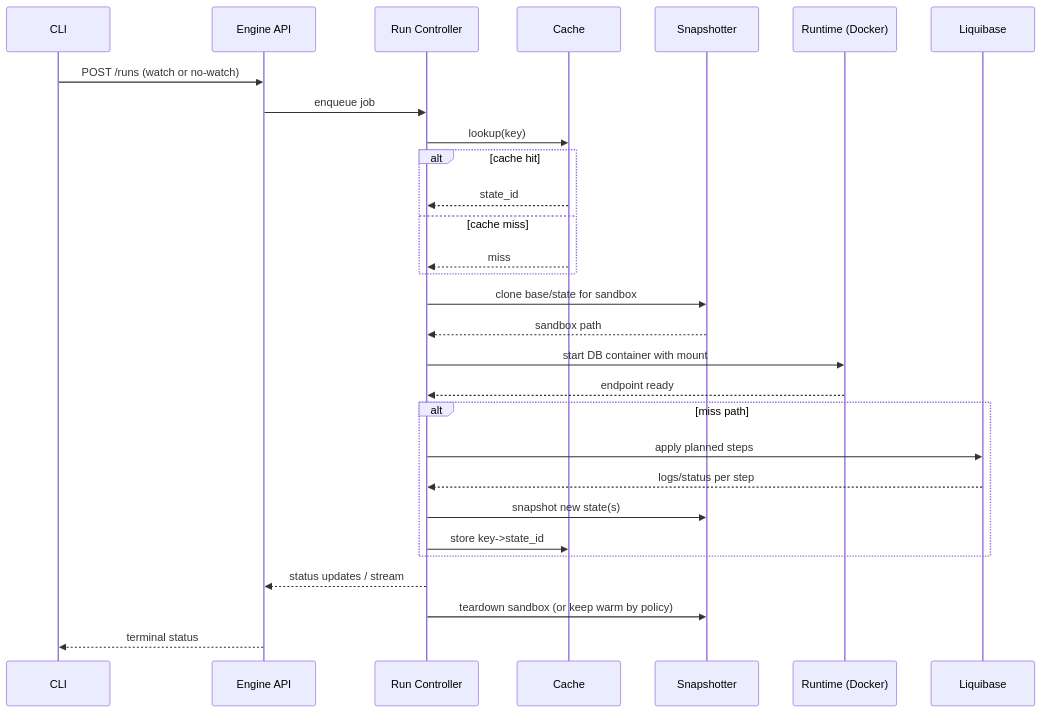
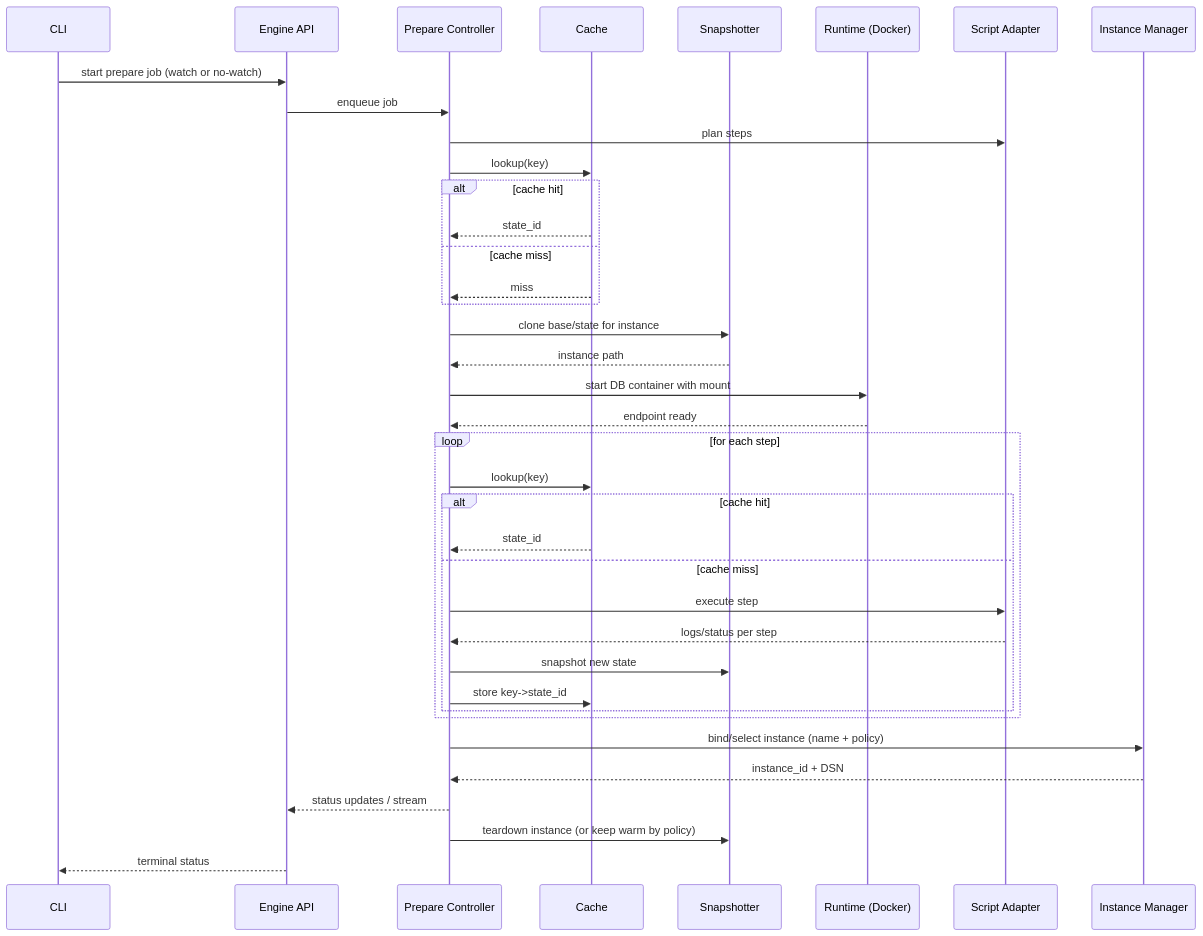
The second of 2 diagrams in docs/architecture/engine-internals.md (kimak-irmagi/taidon), drawn with Mermaid before and after one commit. The commit also changed other lines of this file and 90 other files, not shown here.

Commit message:
Implemented the CLI and local engine stub in Go. The `init` and `status` commands are supported so far

````diff
--- a/docs/architecture/engine-internals.md
+++ b/docs/architecture/engine-internals.md
@@ -82,32 +105,41 @@
 ```mermaid
 sequenceDiagram
   participant CLI as CLI
   participant API as Engine API
-  participant CTRL as Run Controller
+  participant CTRL as Prepare Controller
   participant CACHE as Cache
   participant SNAP as Snapshotter
   participant RT as Runtime (Docker)
-  participant LB as Liquibase
+  participant ADAPTER as Script Adapter
+  participant INST as Instance Manager
 
-  CLI->>API: POST /runs (watch or no-watch)
+  CLI->>API: start prepare job (watch or no-watch)
   API->>CTRL: enqueue job
+  CTRL->>ADAPTER: plan steps
   CTRL->>CACHE: lookup(key)
   alt cache hit
     CACHE-->>CTRL: state_id
   else cache miss
     CACHE-->>CTRL: miss
   end
-  CTRL->>SNAP: clone base/state for sandbox
-  SNAP-->>CTRL: sandbox path
+  CTRL->>SNAP: clone base/state for instance
+  SNAP-->>CTRL: instance path
   CTRL->>RT: start DB container with mount
   RT-->>CTRL: endpoint ready
-  alt miss path
-    CTRL->>LB: apply planned steps
-    LB-->>CTRL: logs/status per step
-    CTRL->>SNAP: snapshot new state(s)
-    CTRL->>CACHE: store key->state_id
+  loop for each step
+    CTRL->>CACHE: lookup(key)
+    alt cache hit
+      CACHE-->>CTRL: state_id
+    else cache miss
+      CTRL->>ADAPTER: execute step
+      ADAPTER-->>CTRL: logs/status per step
+      CTRL->>SNAP: snapshot new state
+      CTRL->>CACHE: store key->state_id
+    end
   end
+  CTRL->>INST: bind/select instance (name + policy)
+  INST-->>CTRL: instance_id + DSN
   CTRL-->>API: status updates / stream
-  CTRL->>SNAP: teardown sandbox (or keep warm by policy)
+  CTRL->>SNAP: teardown instance (or keep warm by policy)
   API-->>CLI: terminal status
 ```
````
